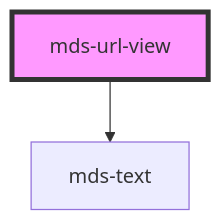
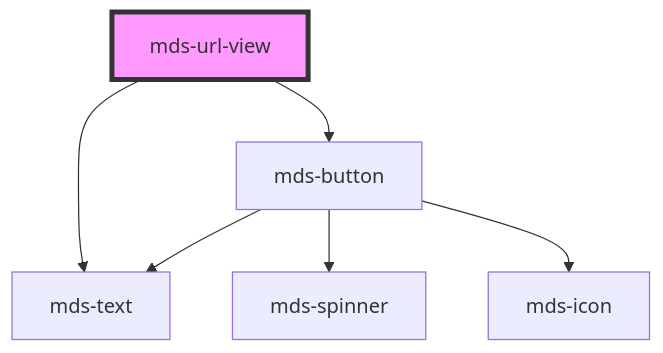
The diagram in projects/stencil/src/components/mds-url-view/readme.md (magma-design-system/magma), drawn with Mermaid before and after one commit. The commit also changed other lines of this file and 65 other files, not shown here.

Commit message:
refact(stencil): change button icons to mds-button components

````diff
--- a/projects/stencil/src/components/mds-url-view/readme.md
+++ b/projects/stencil/src/components/mds-url-view/readme.md
@@ -43,5 +44,9 @@
 ```mermaid
 graph TD;
   mds-url-view --> mds-text
+  mds-url-view --> mds-button
+  mds-button --> mds-spinner
+  mds-button --> mds-icon
+  mds-button --> mds-text
   style mds-url-view fill:#f9f,stroke:#333,stroke-width:4px
 ```
````
